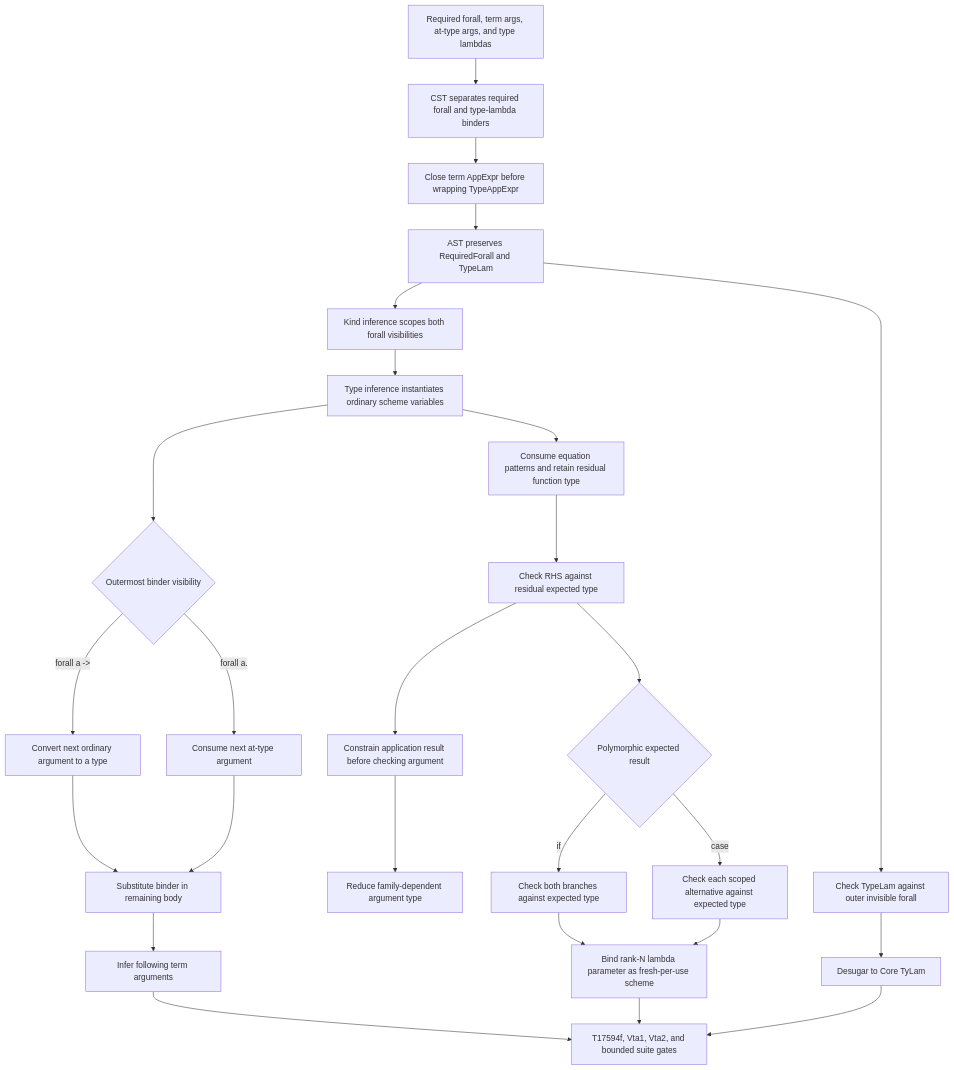
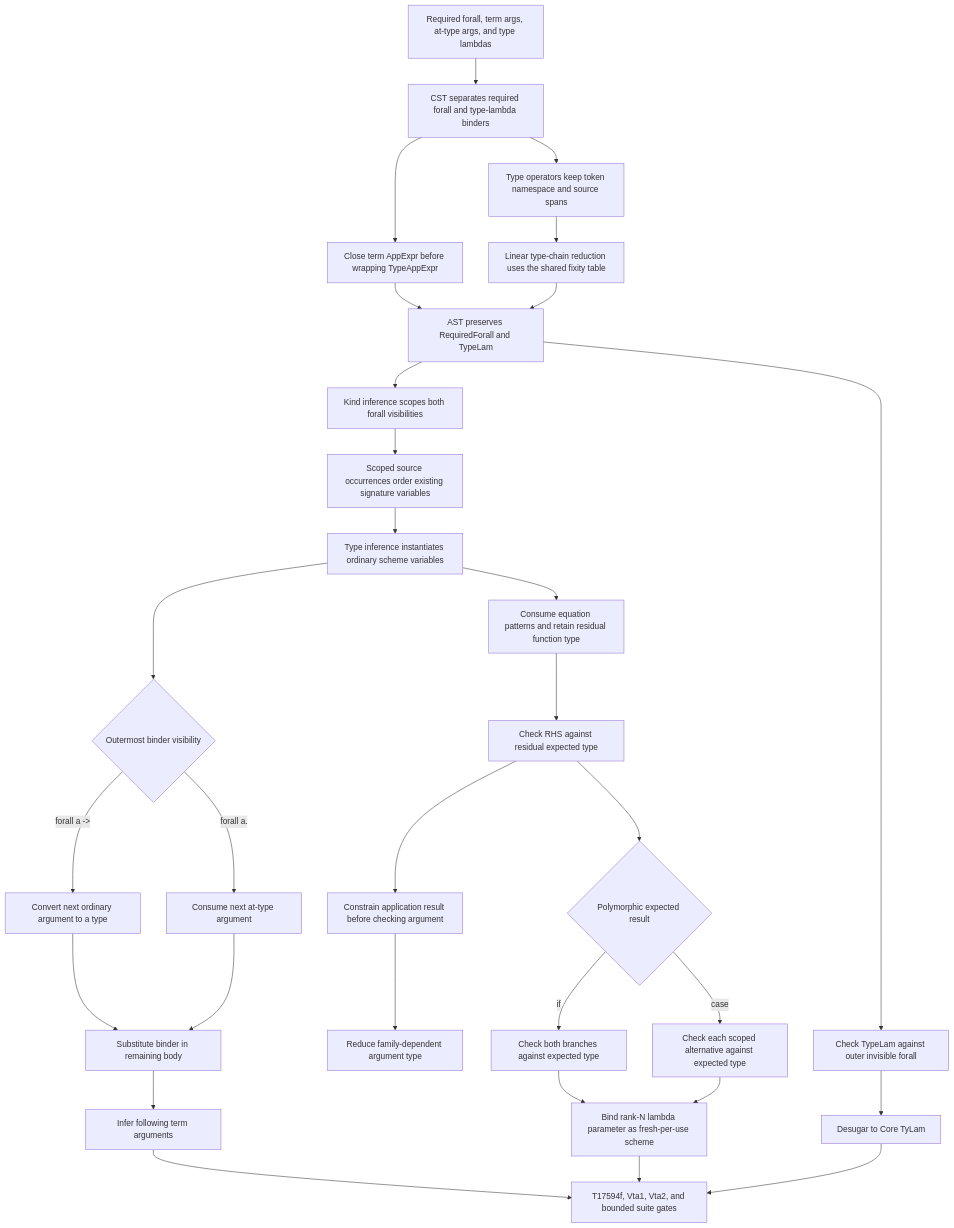
Before and after one commit to loveJesus/haskelujah-chirho: the diagram in spec-chirho/workflows-chirho/language-features-chirho/rank-n-visible-type-application-chirho.md, drawn with Mermaid. The commit also changed other lines of this file and 8 other files, not shown here.

First line of the commit message:
Preserve infix type namespaces, fixities and signature binder order

````diff
--- a/spec-chirho/workflows-chirho/language-features-chirho/rank-n-visible-type-application-chirho.md
+++ b/spec-chirho/workflows-chirho/language-features-chirho/rank-n-visible-type-application-chirho.md
@@ -6,29 +6,33 @@
 ```mermaid
 flowchart TD
     source_chirho[Required forall, term args, at-type args, and type lambdas]
     source_chirho --> cst_chirho[CST separates required forall and type-lambda binders]
     cst_chirho --> spine_chirho[Close term AppExpr before wrapping TypeAppExpr]
     spine_chirho --> ast_chirho[AST preserves RequiredForall and TypeLam]
+    cst_chirho --> operators_chirho[Type operators keep token namespace and source spans]
+    operators_chirho --> fixity_chirho[Linear type-chain reduction uses the shared fixity table]
+    fixity_chirho --> ast_chirho
     ast_chirho --> kind_chirho[Kind inference scopes both forall visibilities]
-    kind_chirho --> scheme_chirho[Type inference instantiates ordinary scheme variables]
+    kind_chirho --> inventory_chirho[Scoped source occurrences order existing signature variables]
+    inventory_chirho --> scheme_chirho[Type inference instantiates ordinary scheme variables]
     scheme_chirho --> required_chirho{Outermost binder visibility}
     required_chirho -->|forall a ->| ordinary_arg_chirho[Convert next ordinary argument to a type]
     required_chirho -->|forall a.| visible_arg_chirho[Consume next at-type argument]
     ordinary_arg_chirho --> substitution_chirho[Substitute binder in remaining body]
     visible_arg_chirho --> substitution_chirho
     ast_chirho --> type_lambda_chirho[Check TypeLam against outer invisible forall]
     type_lambda_chirho --> core_chirho[Desugar to Core TyLam]
     substitution_chirho --> term_chirho[Infer following term arguments]
     scheme_chirho --> equation_chirho[Consume equation patterns and retain residual function type]
     equation_chirho --> expected_chirho[Check RHS against residual expected type]
     expected_chirho --> application_chirho[Constrain application result before checking argument]
     application_chirho --> family_chirho[Reduce family-dependent argument type]
     expected_chirho --> branch_chirho{Polymorphic expected result}
     branch_chirho -->|if| if_chirho[Check both branches against expected type]
     branch_chirho -->|case| case_chirho[Check each scoped alternative against expected type]
     if_chirho --> lambda_chirho[Bind rank-N lambda parameter as fresh-per-use scheme]
     case_chirho --> lambda_chirho
     lambda_chirho --> gates_chirho[T17594f, Vta1, Vta2, and bounded suite gates]
     core_chirho --> gates_chirho
     term_chirho --> gates_chirho
 ```
````
